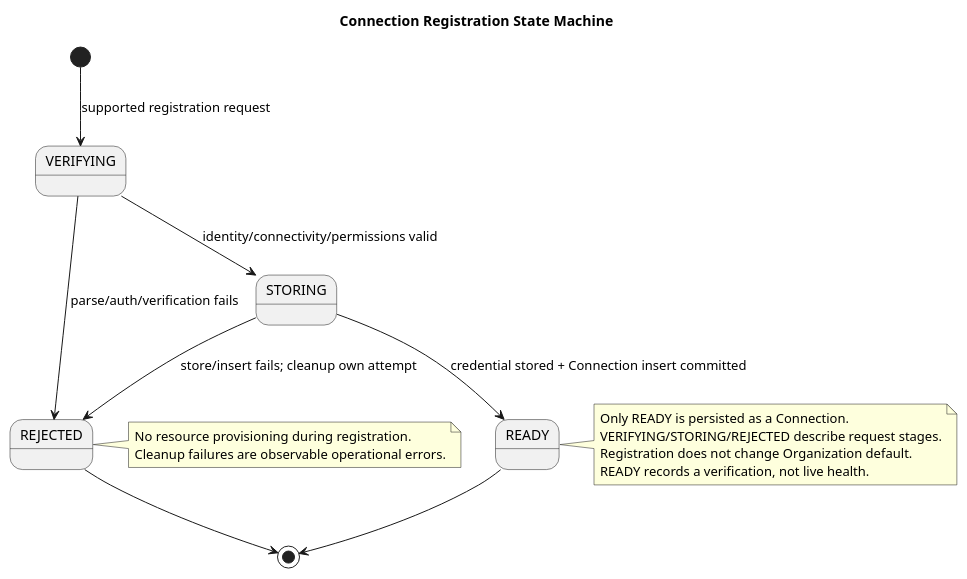
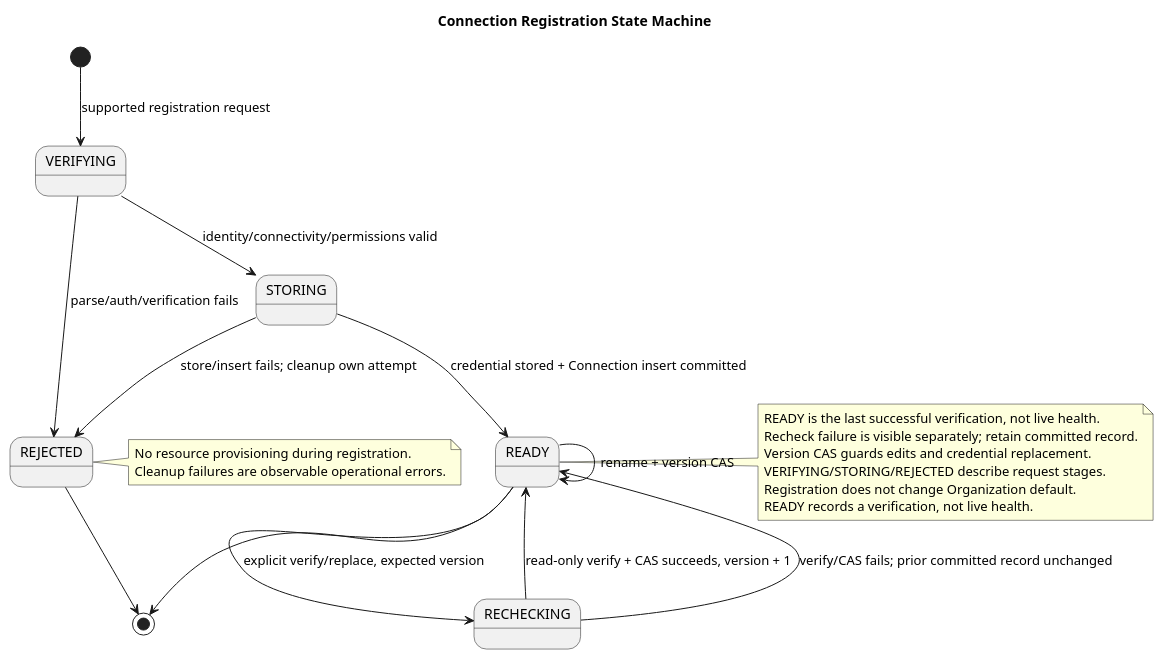
The diagram in orchestrator_docs/architecture/state-machines/connection.puml (pr3s3nt/poc), drawn with PlantUML before and after one commit. The commit also changed 25 other files, not shown here.

```diff
--- a/orchestrator_docs/architecture/state-machines/connection.puml
+++ b/orchestrator_docs/architecture/state-machines/connection.puml
@@ -1,20 +1,26 @@
 @startuml
 title Connection Registration State Machine
 [*] --> VERIFYING : supported registration request
 VERIFYING --> STORING : identity/connectivity/permissions valid
 VERIFYING --> REJECTED : parse/auth/verification fails
 STORING --> READY : credential stored + Connection insert committed
 STORING --> REJECTED : store/insert fails; cleanup own attempt
+READY --> READY : rename + version CAS
+READY --> RECHECKING : explicit verify/replace, expected version
+RECHECKING --> READY : read-only verify + CAS succeeds, version + 1
+RECHECKING --> READY : verify/CAS fails; prior committed record unchanged
 READY --> [*]
 REJECTED --> [*]
 note right of READY
-Only READY is persisted as a Connection.
+READY is the last successful verification, not live health.
+Recheck failure is visible separately; retain committed record.
+Version CAS guards edits and credential replacement.
 VERIFYING/STORING/REJECTED describe request stages.
 Registration does not change Organization default.
 READY records a verification, not live health.
 end note
 note right of REJECTED
 No resource provisioning during registration.
 Cleanup failures are observable operational errors.
 end note
 @enduml
```
